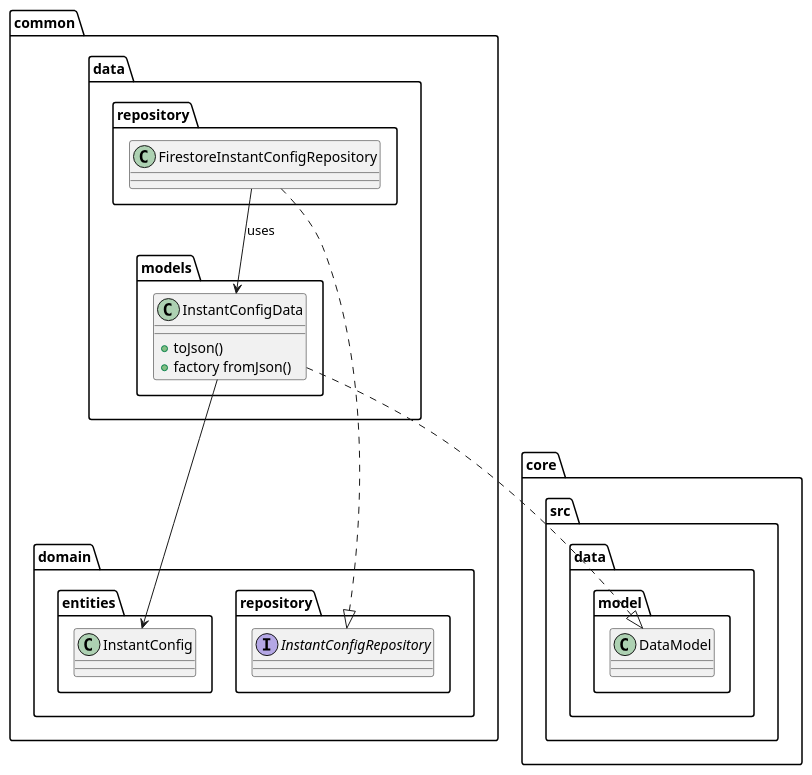
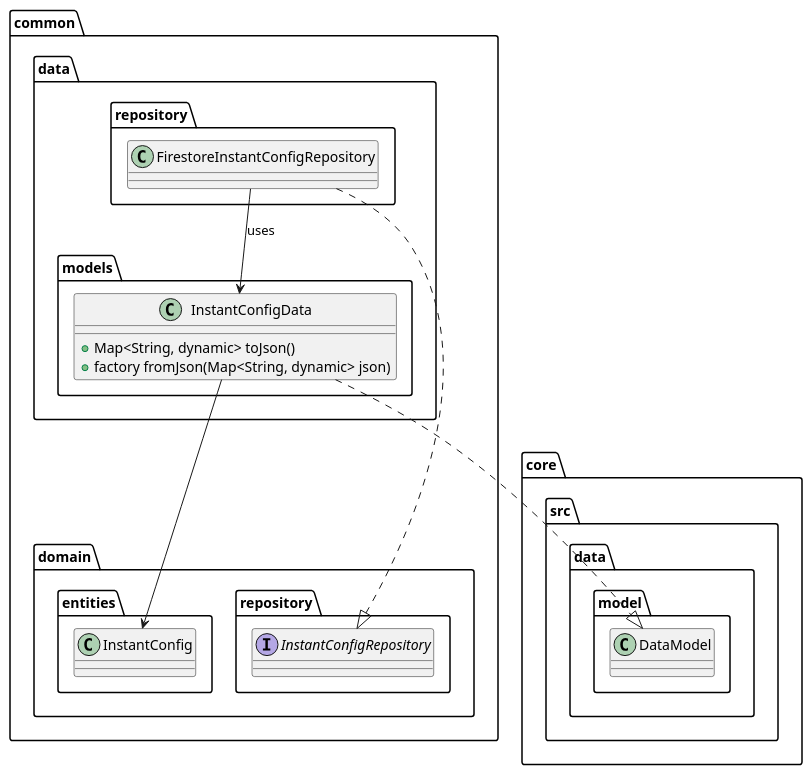
Before and after one commit to Flank/flank-dashboard: the diagram in metrics/web/docs/features/instant_config/diagrams/instant_config_data_layer_class_diagram.puml, drawn with PlantUML. The commit also changed 1 other file, not shown here.

```diff
--- a/metrics/web/docs/features/instant_config/diagrams/instant_config_data_layer_class_diagram.puml
+++ b/metrics/web/docs/features/instant_config/diagrams/instant_config_data_layer_class_diagram.puml
@@ -1,34 +1,34 @@
 @startuml instant_config_data_layer_class_diagram
 
 package common.domain.repository {
     interface InstantConfigRepository {}
 }
 
 package common.domain.entities {
     class InstantConfig {}
 }
 
 package common.data {
     package repository {
         class FirestoreInstantConfigRepository {}
     }
 
     package models {
         class InstantConfigData {
-            + toJson()
-            + factory fromJson()
+            + Map<String, dynamic> toJson()
+            + factory fromJson(Map<String, dynamic> json)
         }
     }
 }
 
 package core.src.data.model {
     class DataModel {}
 }
 
 FirestoreInstantConfigRepository ..|> InstantConfigRepository
 FirestoreInstantConfigRepository --> InstantConfigData : uses
 
 InstantConfigData --> InstantConfig
 InstantConfigData ..|> DataModel
 
 @enduml
```
